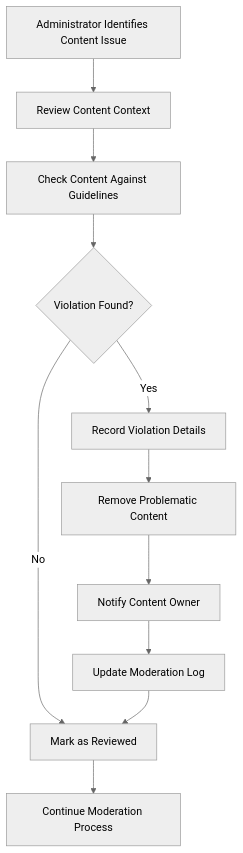
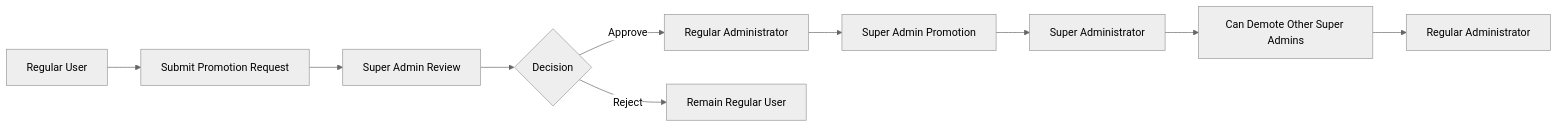
The second of 2 diagrams in deepseek/deepseek-v3.1-terminus-exacto/bbs/docs/analysis/08-administrator-system.md (wrtnlabs/autobe-examples), drawn with Mermaid (neutral theme) before and after one commit. The commit also changed other lines of this file and 11104 other files, not shown here.

````diff
--- a/deepseek/deepseek-v3.1-terminus-exacto/bbs/docs/analysis/08-administrator-system.md
+++ b/deepseek/deepseek-v3.1-terminus-exacto/bbs/docs/analysis/08-administrator-system.md
@@ -211,13 +93,12 @@
 ```mermaid
-graph TD
-    A["Administrator Identifies Content Issue"] --> B["Review Content Context"]
-    B --> C["Check Content Against Guidelines"]
-    C --> D{"Violation Found?"}
-    D -->|"Yes"| E["Record Violation Details"]
-    E --> F["Remove Problematic Content"]
-    F --> G["Notify Content Owner"]
-    G --> H["Update Moderation Log"]
-    D -->|"No"| I["Mark as Reviewed"]
-    H --> I
-    I --> J["Continue Moderation Process"]
+graph LR
+    A["Regular User"] --> B["Submit Promotion Request"]
+    B --> C["Super Admin Review"]
+    C --> D{"Decision"}
+    D -->|"Approve"| E["Regular Administrator"]
+    D -->|"Reject"| F["Remain Regular User"]
+    E --> G["Super Admin Promotion"]
+    G --> H["Super Administrator"]
+    H --> I["Can Demote Other Super Admins"]
+    I --> J["Regular Administrator"]
 ```
````
